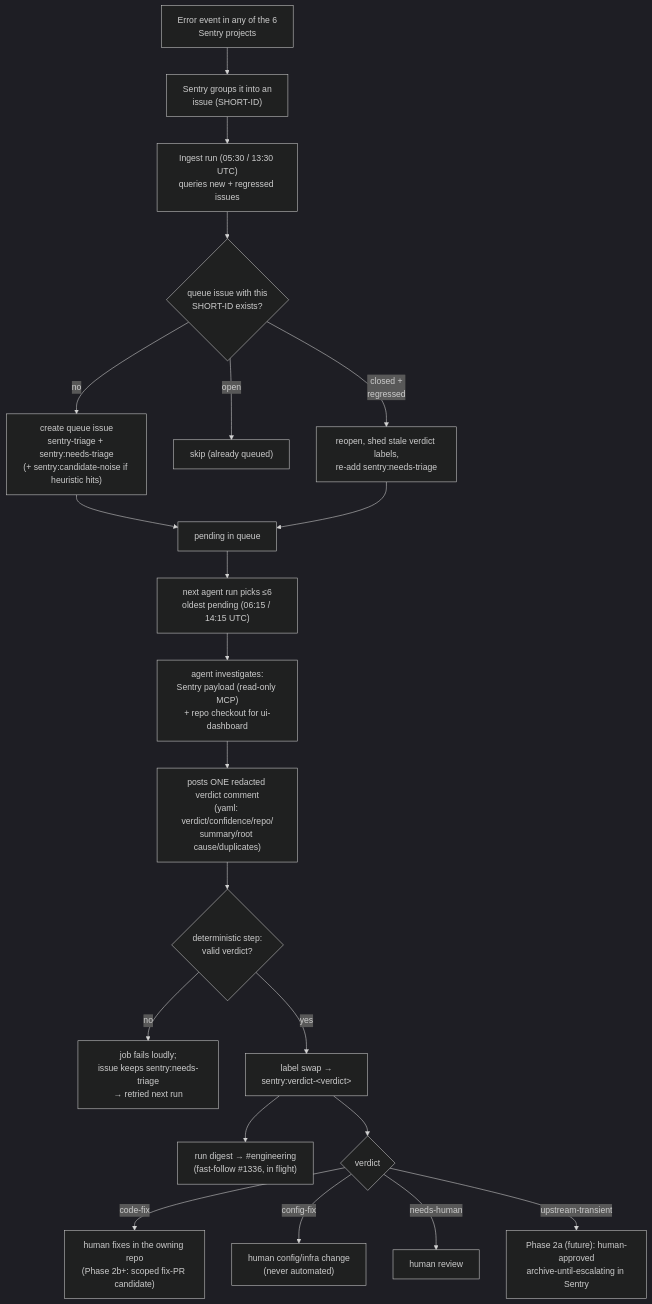
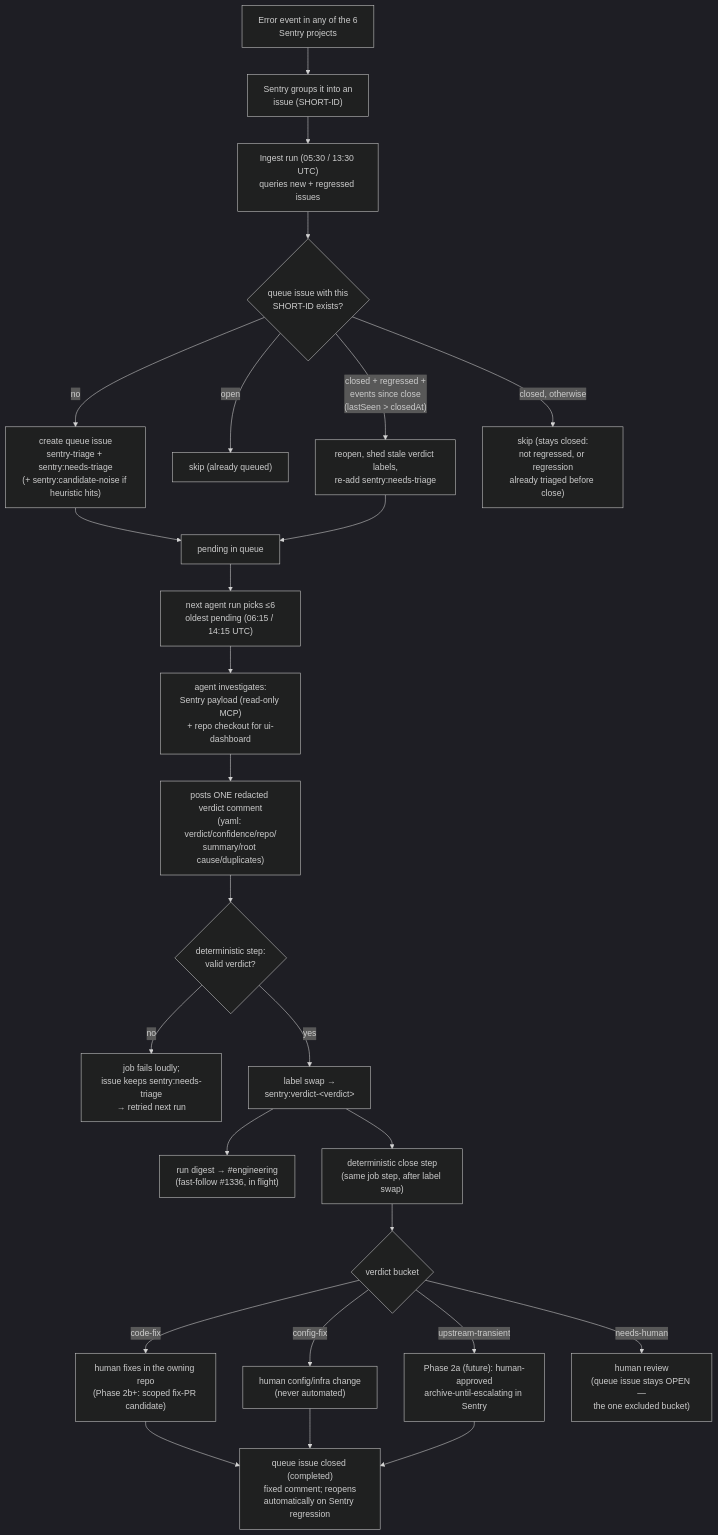
The second of 2 diagrams in docs/notes/sentry-triage-pipeline.md (mento-protocol/monitoring-monorepo), drawn with Mermaid (dark theme) before and after one commit. The commit also changed other lines of this file and 4 other files, not shown here.

First line of the commit message:
feat(tooling): auto-close verdicted Sentry triage queue issues (#1354)

````diff
--- a/docs/notes/sentry-triage-pipeline.md
+++ b/docs/notes/sentry-triage-pipeline.md
@@ -77,23 +85,28 @@
 ```mermaid
 flowchart TD
     EV["Error event in any of the 6<br/>Sentry projects"] --> GRP["Sentry groups it into an<br/>issue (SHORT-ID)"]
     GRP --> POLL["Ingest run (05:30 / 13:30 UTC)<br/>queries new + regressed issues"]
     POLL --> KNOWN{"queue issue with this<br/>SHORT-ID exists?"}
     KNOWN -- "no" --> CREATE["create queue issue<br/>sentry-triage + sentry:needs-triage<br/>(+ sentry:candidate-noise if heuristic hits)"]
     KNOWN -- "open" --> SKIP["skip (already queued)"]
-    KNOWN -- "closed +<br/>regressed" --> REOPEN["reopen, shed stale verdict labels,<br/>re-add sentry:needs-triage"]
+    KNOWN -- "closed + regressed +<br/>events since close<br/>(lastSeen &gt; closedAt)" --> REOPEN["reopen, shed stale verdict labels,<br/>re-add sentry:needs-triage"]
+    KNOWN -- "closed, otherwise" --> STAY["skip (stays closed:<br/>not regressed, or regression<br/>already triaged before close)"]
     CREATE --> PEND["pending in queue"]
     REOPEN --> PEND
     PEND --> BATCH["next agent run picks ≤6<br/>oldest pending (06:15 / 14:15 UTC)"]
     BATCH --> INV["agent investigates:<br/>Sentry payload (read-only MCP)<br/>+ repo checkout for ui-dashboard"]
     INV --> VC["posts ONE redacted verdict comment<br/>(yaml: verdict/confidence/repo/<br/>summary/root cause/duplicates)"]
     VC --> VALID{"deterministic step:<br/>valid verdict?"}
     VALID -- "no" --> FAIL["job fails loudly;<br/>issue keeps sentry:needs-triage<br/>→ retried next run"]
     VALID -- "yes" --> SWAP["label swap →<br/>sentry:verdict-&lt;verdict&gt;"]
     SWAP --> DIGEST["run digest → #engineering<br/>(fast-follow #1336, in flight)"]
-    SWAP --> ROUTE{"verdict"}
+    SWAP --> CLOSESTEP["deterministic close step<br/>(same job step, after label swap)"]
+    CLOSESTEP --> ROUTE{"verdict bucket"}
     ROUTE -- "code-fix" --> OWN["human fixes in the owning repo<br/>(Phase 2b+: scoped fix-PR candidate)"]
     ROUTE -- "config-fix" --> CFG["human config/infra change<br/>(never automated)"]
-    ROUTE -- "needs-human" --> REV["human review"]
     ROUTE -- "upstream-transient" --> ARCH["Phase 2a (future): human-approved<br/>archive-until-escalating in Sentry"]
+    ROUTE -- "needs-human" --> REV["human review<br/>(queue issue stays OPEN —<br/>the one excluded bucket)"]
+    OWN --> CLOSED["queue issue closed (completed)<br/>fixed comment; reopens<br/>automatically on Sentry regression"]
+    CFG --> CLOSED
+    ARCH --> CLOSED
 ```
````
